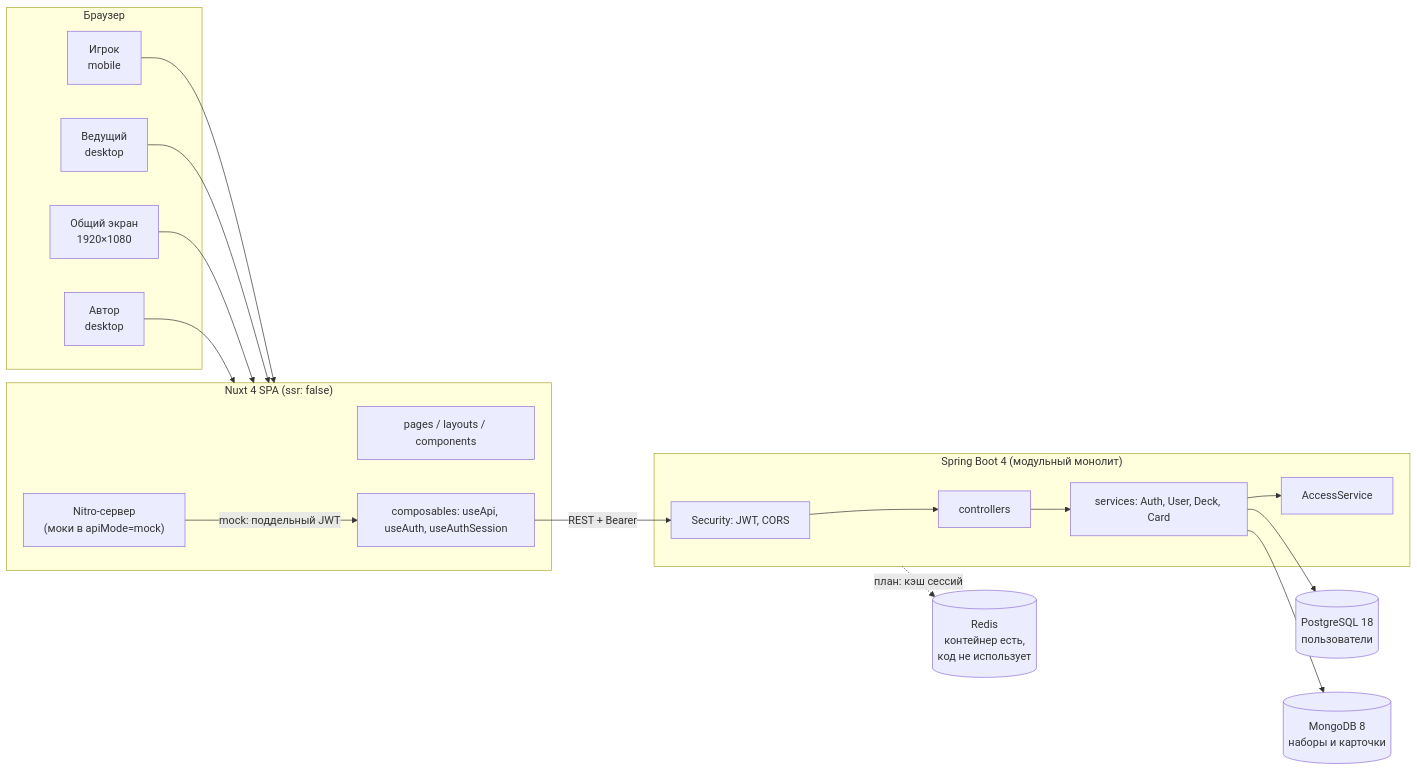
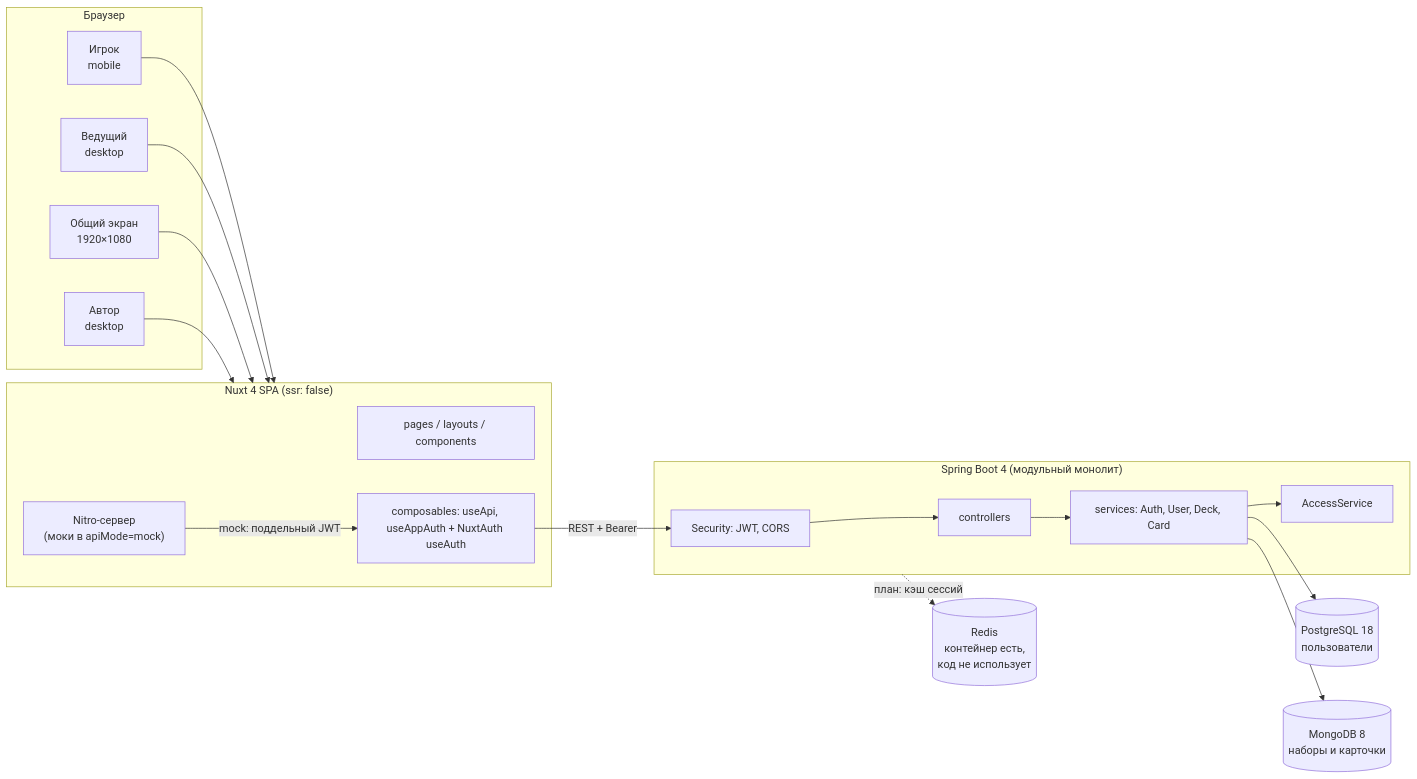
The first of 2 diagrams in docs/HANDBOOK.md (ssnagin/67-cards), drawn with Mermaid before and after one commit. The commit also changed other lines of this file and 5 other files, not shown here.

````diff
--- a/docs/HANDBOOK.md
+++ b/docs/HANDBOOK.md
@@ -272,34 +277,34 @@
 ```mermaid
 flowchart LR
     subgraph Client["Браузер"]
         P["Игрок<br/>mobile"]
         H["Ведущий<br/>desktop"]
         S["Общий экран<br/>1920×1080"]
         A["Автор<br/>desktop"]
     end
 
     subgraph FE["Nuxt 4 SPA (ssr: false)"]
         Pages["pages / layouts / components"]
-        Comp["composables: useApi, useAuth, useAuthSession"]
+        Comp["composables: useApi, useAppAuth + NuxtAuth useAuth"]
         Nitro["Nitro-сервер<br/>(моки в apiMode=mock)"]
     end
 
     subgraph BE["Spring Boot 4 (модульный монолит)"]
         Sec["Security: JWT, CORS"]
         Ctrl["controllers"]
         Svc["services: Auth, User, Deck, Card"]
         Acc["AccessService"]
     end
 
     PG[("PostgreSQL 18<br/>пользователи")]
     MG[("MongoDB 8<br/>наборы и карточки")]
     RD[("Redis<br/>контейнер есть,<br/>код не использует")]
 
     P & H & S & A --> FE
     Comp -->|"REST + Bearer"| Sec
     Sec --> Ctrl --> Svc --> Acc
     Svc --> PG
     Svc --> MG
     BE -.->|"план: кэш сессий"| RD
     Nitro -->|"mock: поддельный JWT"| Comp
 ```
````
